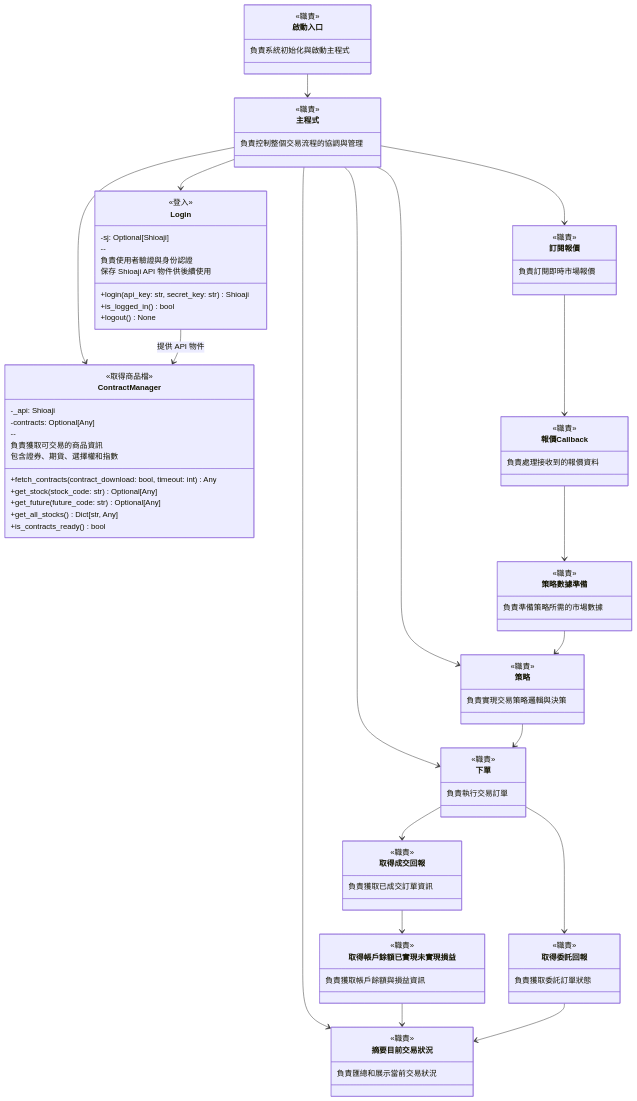
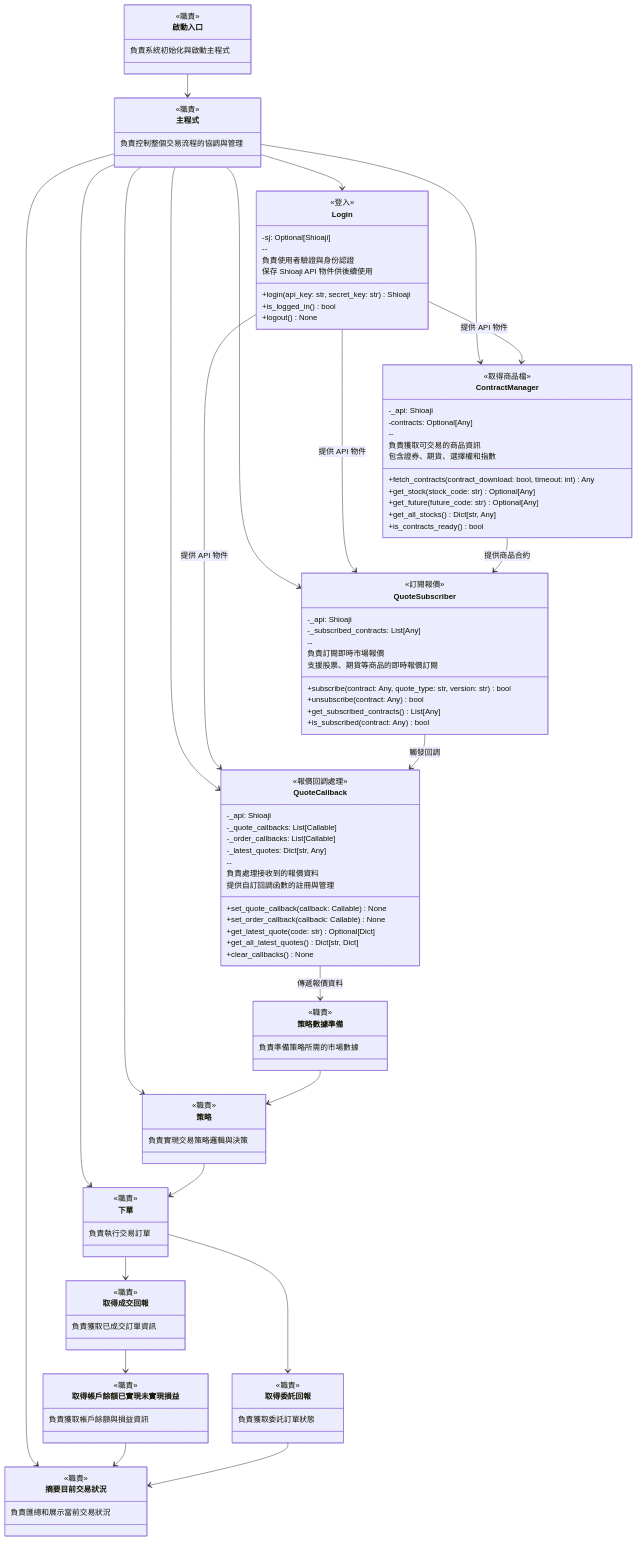
The diagram in 類別圖.md (wu02067602/sample-trading), drawn with Mermaid before and after one commit. The commit also changed other lines of this file and 2 other files, not shown here.

Commit message:
Refactor quote subscription and callback handling

```diff
--- a/類別圖.md
+++ b/類別圖.md
@@ -43,14 +43,33 @@
         包含證券、期貨、選擇權和指數
     }
     
-    class 訂閱報價 {
-        <<職責>>
+    class QuoteSubscriber {
+        <<訂閱報價>>
+        -_api: Shioaji
+        -_subscribed_contracts: List[Any]
+        +subscribe(contract: Any, quote_type: str, version: str) bool
+        +unsubscribe(contract: Any) bool
+        +get_subscribed_contracts() List[Any]
+        +is_subscribed(contract: Any) bool
+        --
         負責訂閱即時市場報價
+        支援股票、期貨等商品的即時報價訂閱
     }
     
-    class 報價Callback {
-        <<職責>>
+    class QuoteCallback {
+        <<報價回調處理>>
+        -_api: Shioaji
+        -_quote_callbacks: List[Callable]
+        -_order_callbacks: List[Callable]
+        -_latest_quotes: Dict[str, Any]
+        +set_quote_callback(callback: Callable) None
+        +set_order_callback(callback: Callable) None
+        +get_latest_quote(code: str) Optional[Dict]
+        +get_all_latest_quotes() Dict[str, Dict]
+        +clear_callbacks() None
+        --
         負責處理接收到的報價資料
+        提供自訂回調函數的註冊與管理
     }
     
     class 下單 {
@@ -94,17 +113,21 @@
     %% 主程式協調各個模組
     主程式 --> Login
     主程式 --> ContractManager
-    主程式 --> 訂閱報價
+    主程式 --> QuoteSubscriber
+    主程式 --> QuoteCallback
     主程式 --> 策略
     主程式 --> 下單
     主程式 --> 摘要目前交易狀況
     
-    %% Login 與 ContractManager 的依賴關係
+    %% Login 與其他模組的依賴關係
     Login --> ContractManager : 提供 API 物件
+    Login --> QuoteSubscriber : 提供 API 物件
+    Login --> QuoteCallback : 提供 API 物件
     
     %% 報價處理流程
-    訂閱報價 --> 報價Callback
-    報價Callback --> 策略數據準備
+    ContractManager --> QuoteSubscriber : 提供商品合約
+    QuoteSubscriber --> QuoteCallback : 觸發回調
+    QuoteCallback --> 策略數據準備 : 傳遞報價資料
     
     %% 策略執行流程
     策略數據準備 --> 策略
```
